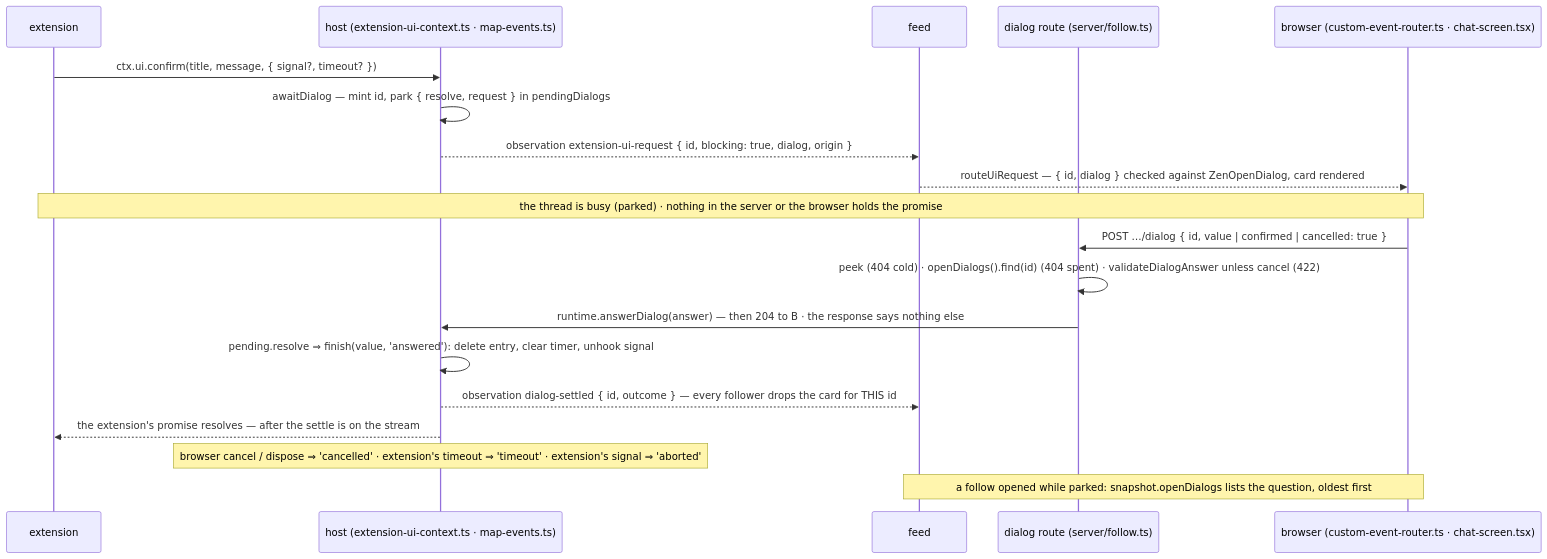
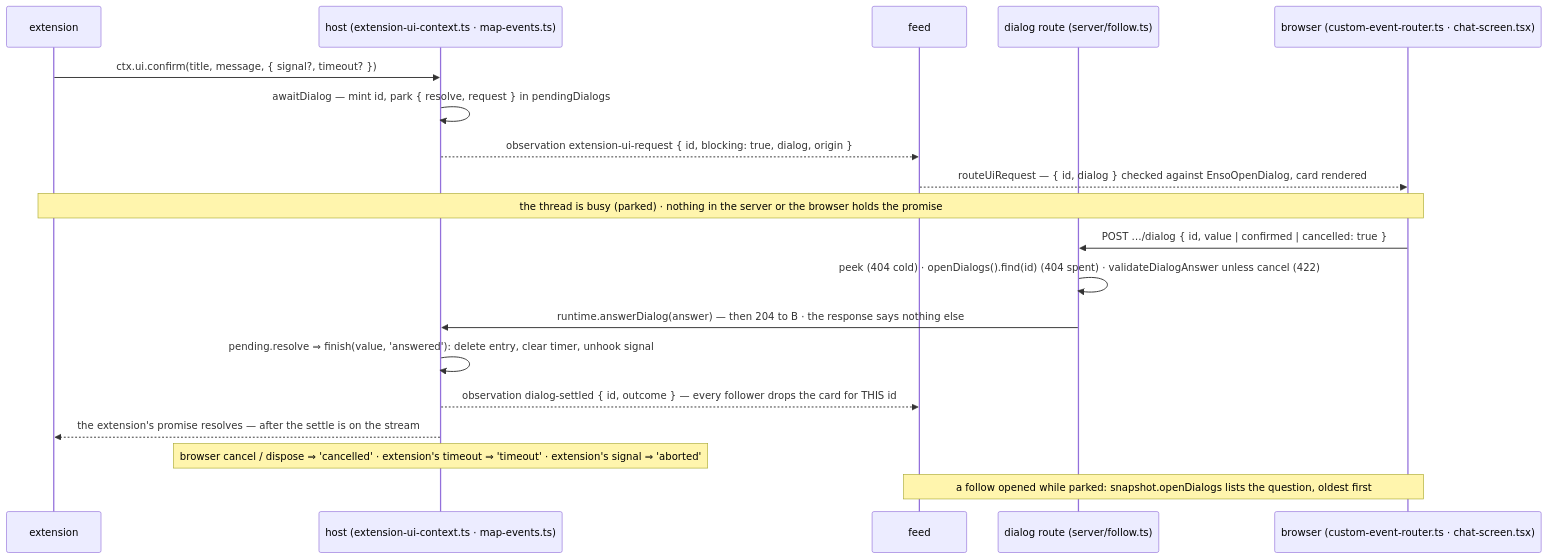
One commit to dopamine911/enso-harness changed the diagram in docs/flows/dialog-ask-answer-settled.md. Above: the diagram before and after it, drawn with Mermaid. The commit also changed other lines of this file and 221 other files, not shown here.

First line of the commit message:
zen-harness is Enso

````diff
--- a/docs/flows/dialog-ask-answer-settled.md
+++ b/docs/flows/dialog-ask-answer-settled.md
@@ -13,22 +13,22 @@
 ```mermaid
 sequenceDiagram
   participant X as extension
   participant H as host (extension-ui-context.ts · map-events.ts)
   participant F as feed
   participant R as dialog route (server/follow.ts)
   participant B as browser (custom-event-router.ts · chat-screen.tsx)
 
   X->>H: ctx.ui.confirm(title, message, { signal?, timeout? })
   H->>H: awaitDialog — mint id, park { resolve, request } in pendingDialogs
   H-->>F: observation extension-ui-request { id, blocking: true, dialog, origin }
-  F-->>B: routeUiRequest — { id, dialog } checked against ZenOpenDialog, card rendered
+  F-->>B: routeUiRequest — { id, dialog } checked against EnsoOpenDialog, card rendered
   Note over X,B: the thread is busy (parked) · nothing in the server or the browser holds the promise
   B->>R: POST …/dialog { id, value | confirmed | cancelled: true }
   R->>R: peek (404 cold) · openDialogs().find(id) (404 spent) · validateDialogAnswer unless cancel (422)
   R->>H: runtime.answerDialog(answer) — then 204 to B · the response says nothing else
   H->>H: pending.resolve ⇒ finish(value, 'answered'): delete entry, clear timer, unhook signal
   H-->>F: observation dialog-settled { id, outcome } — every follower drops the card for THIS id
   H-->>X: the extension's promise resolves — after the settle is on the stream
   Note over H: browser cancel / dispose ⇒ 'cancelled' · extension's timeout ⇒ 'timeout' · extension's signal ⇒ 'aborted'
   Note over F,B: a follow opened while parked: snapshot.openDialogs lists the question, oldest first
 ```
````
